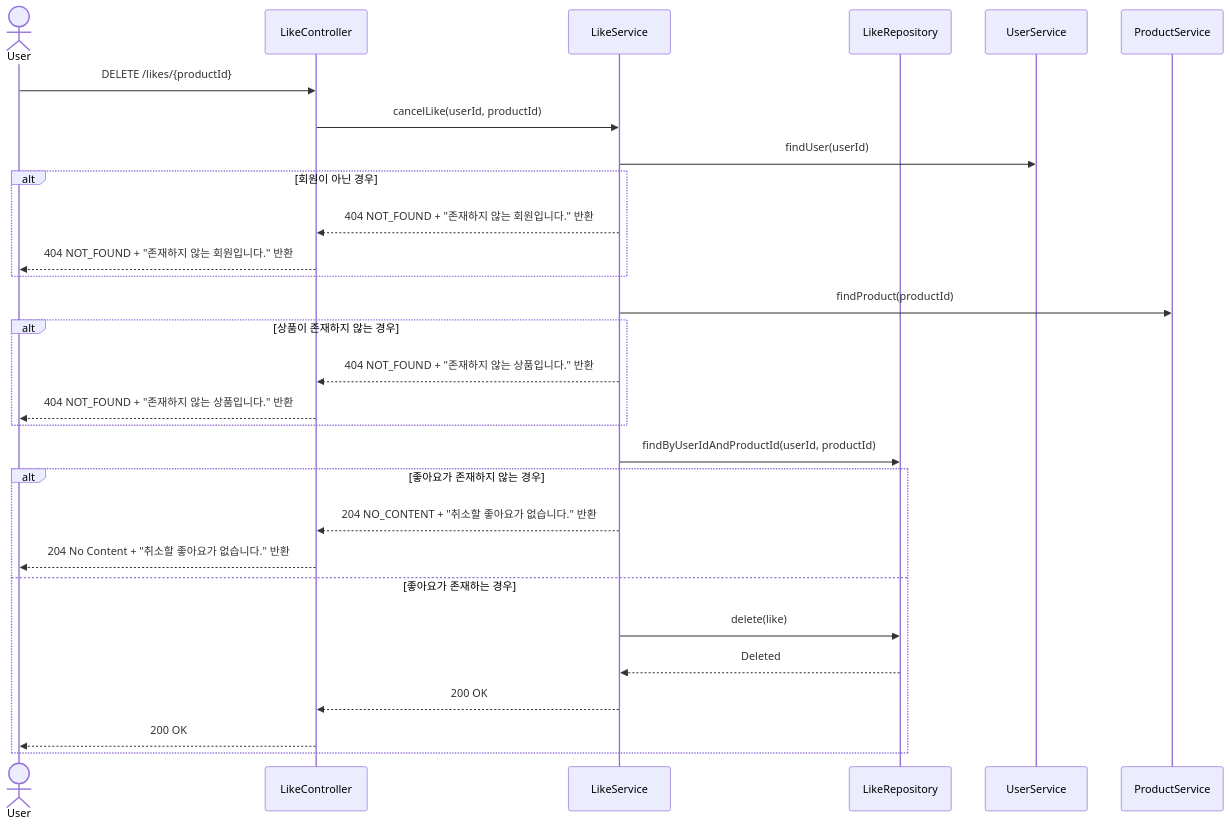
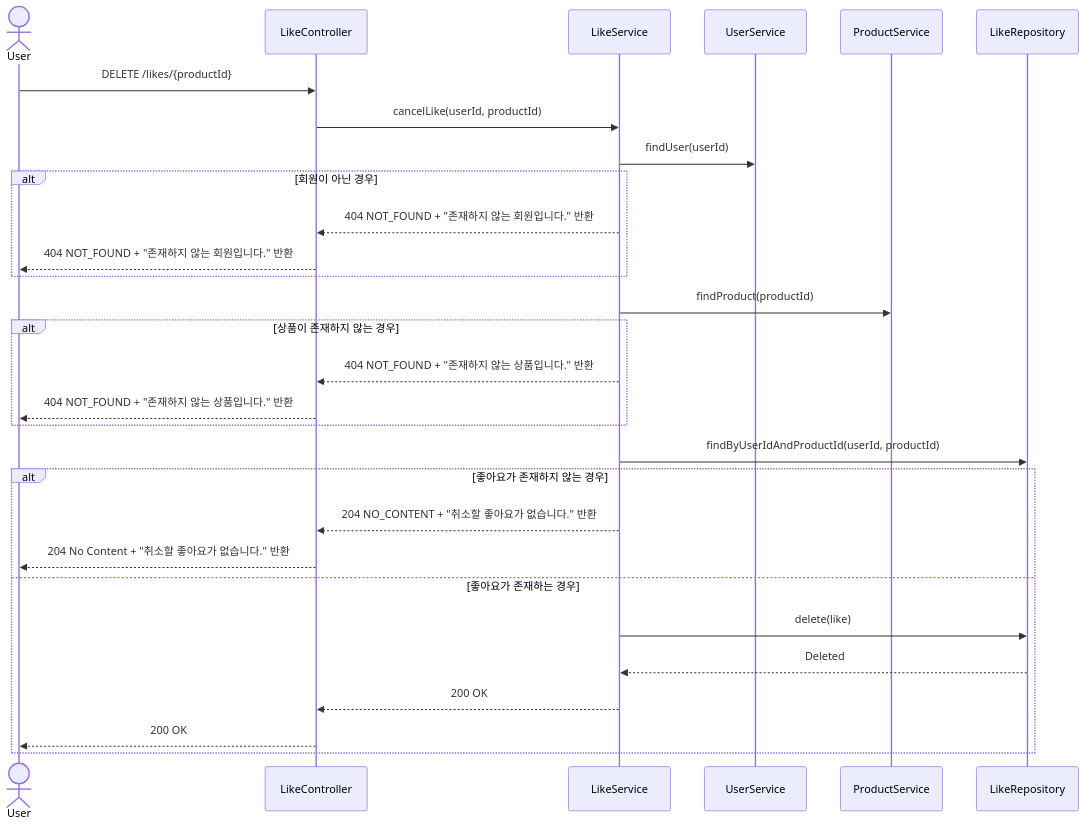
Before and after one commit to Loopers-dev-lab/loopers-spring-java-template: the third of 3 diagrams in docs/design/02-sequence-diagrams.md, drawn with Mermaid. The commit also changed other lines of this file and 1 other file, not shown here.

Commit message:
docs: 변수명 수정

````diff
--- a/docs/design/02-sequence-diagrams.md
+++ b/docs/design/02-sequence-diagrams.md
@@ -75,37 +75,39 @@
 ```mermaid
 sequenceDiagram
     actor User
     participant LikeController
     participant LikeService
+    participant UserService
+    participant ProductService
     participant LikeRepository
 
     User->>LikeController: DELETE /likes/{productId}
     LikeController->>LikeService: cancelLike(userId, productId)
     
     %% 사용자 검증
 		LikeService->>UserService: findUser(userId)
 		alt 회원이 아닌 경우
 				LikeService-->>LikeController: 404 NOT_FOUND + "존재하지 않는 회원입니다." 반환
 				LikeController-->>User: 404 NOT_FOUND + "존재하지 않는 회원입니다." 반환
 				
 		end
 	
 		%% 상품 검증
 		LikeService->>ProductService: findProduct(productId)
 		alt 상품이 존재하지 않는 경우
 				LikeService-->> LikeController: 404 NOT_FOUND + "존재하지 않는 상품입니다." 반환
 				LikeController-->> User: 404 NOT_FOUND + "존재하지 않는 상품입니다." 반환
 		end
 
     LikeService->>LikeRepository: findByUserIdAndProductId(userId, productId)
     alt 좋아요가 존재하지 않는 경우
         LikeService-->>LikeController: 204 NO_CONTENT + "취소할 좋아요가 없습니다." 반환
         LikeController-->>User: 204 No Content + "취소할 좋아요가 없습니다." 반환
     else 좋아요가 존재하는 경우
         LikeService->>LikeRepository: delete(like)
         LikeRepository-->>LikeService: Deleted
         LikeService-->>LikeController: 200 OK
         LikeController-->>User: 200 OK
     end
 
 ```
````
